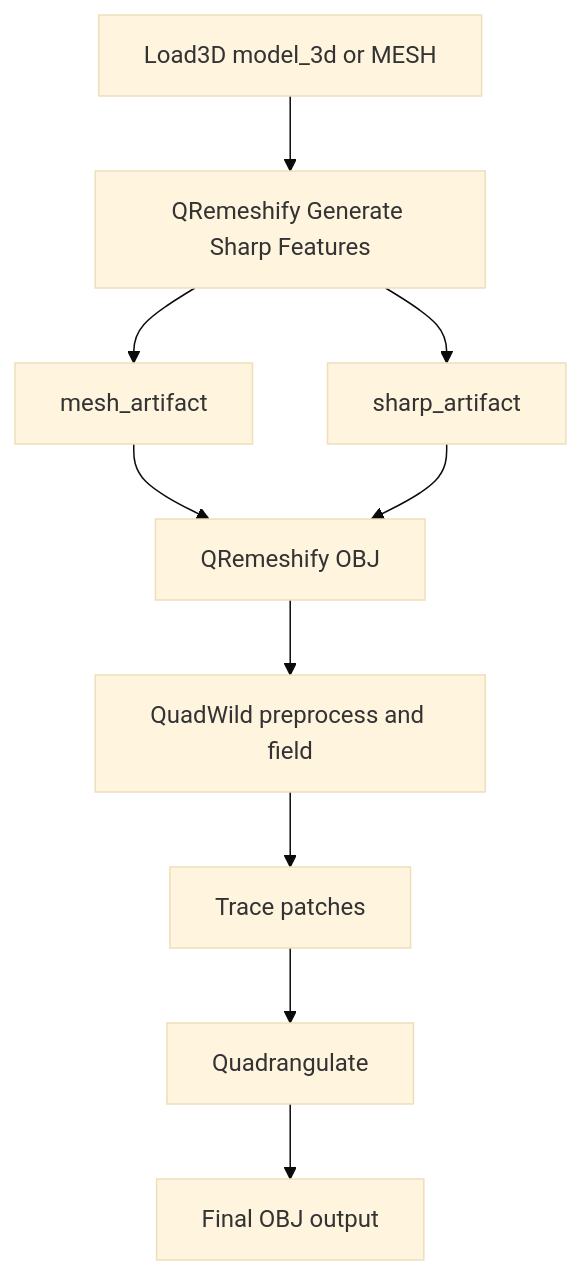
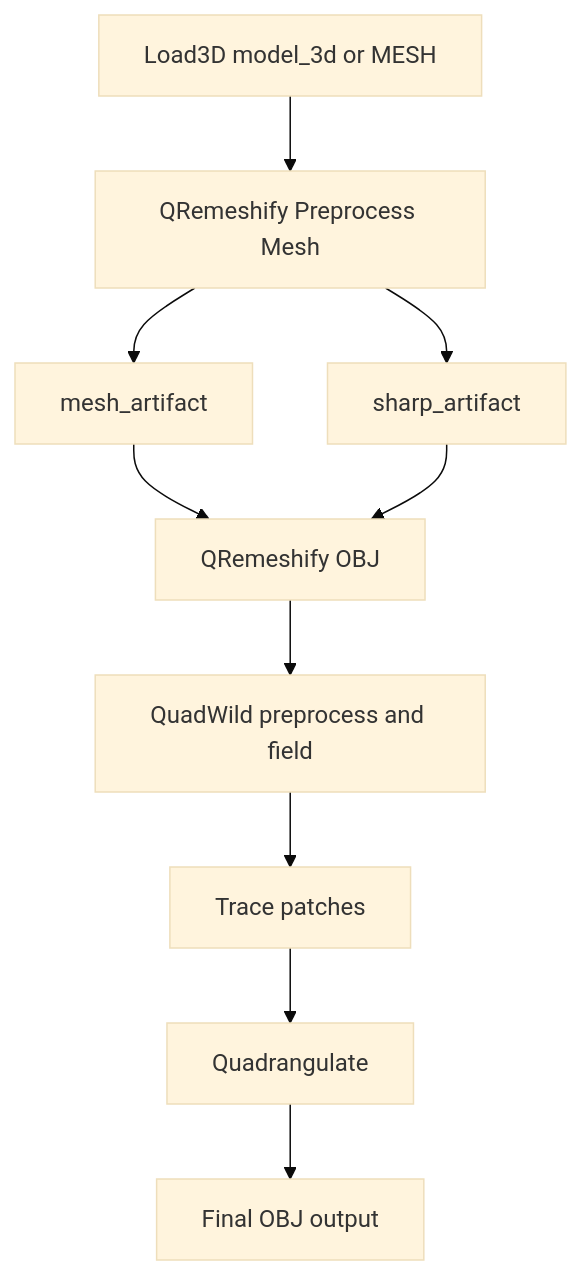
One commit to akashskypatel/ComfyUI-QRemeshify changed the diagram in README.md. Above: the diagram before and after it, drawn with Mermaid (base theme). The commit also changed other lines of this file and 5 other files, not shown here.

````diff
--- a/README.md
+++ b/README.md
@@ -196,12 +238,12 @@
 ```mermaid
 flowchart TD
-    A[Load3D model_3d or MESH] --> B[QRemeshify Generate Sharp Features]
+    A[Load3D model_3d or MESH] --> B[QRemeshify Preprocess Mesh]
     B --> C[mesh_artifact]
     B --> D[sharp_artifact]
     C --> E[QRemeshify OBJ]
     D --> E
     E --> F[QuadWild preprocess and field]
     F --> G[Trace patches]
     G --> H[Quadrangulate]
     H --> I[Final OBJ output]
 ```
````
